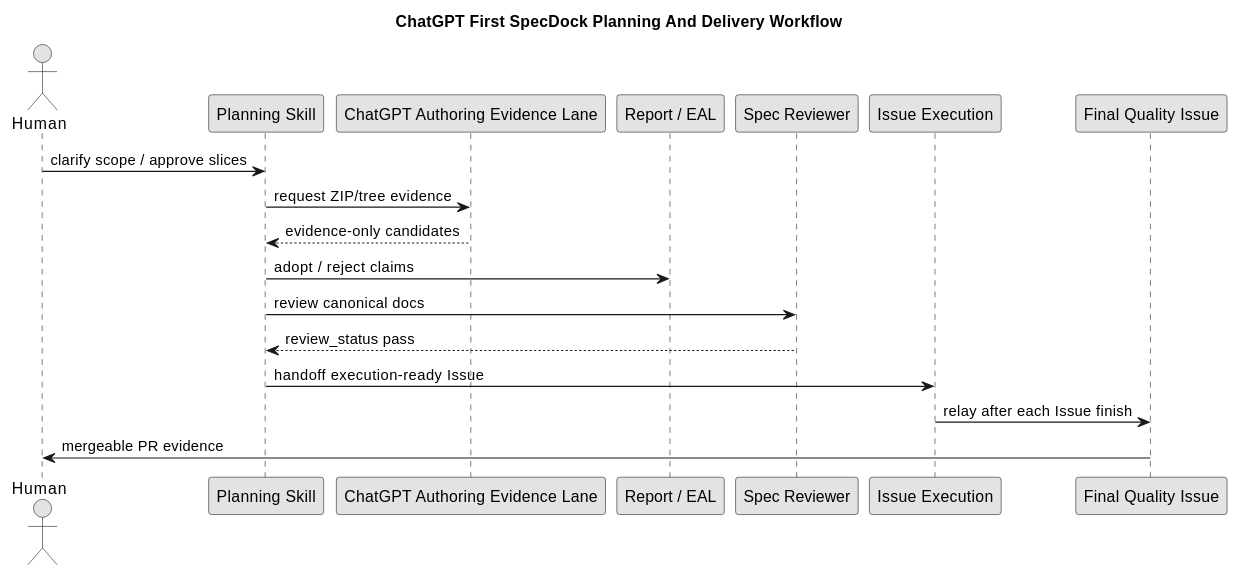
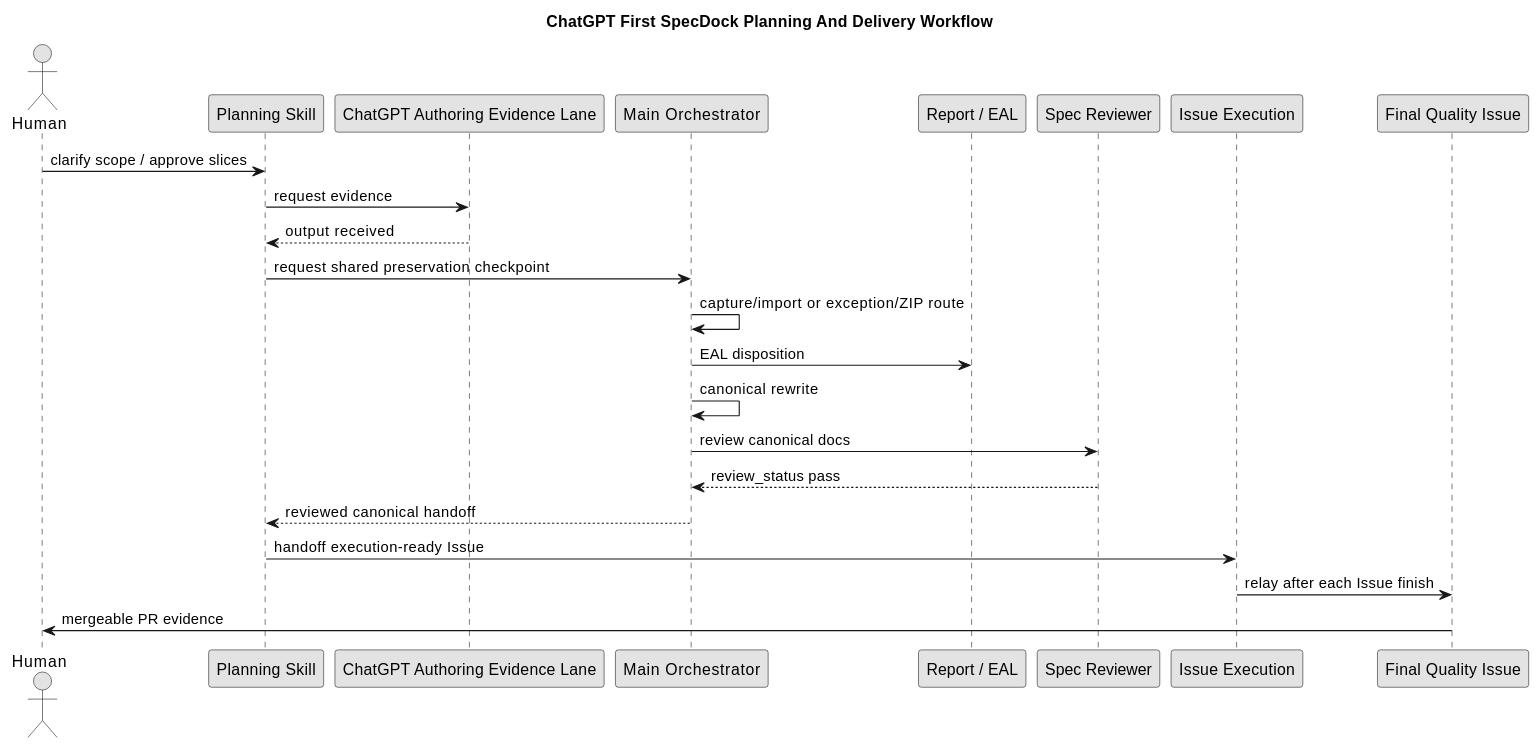
The diagram in src/spec_dock/assets/spec_dock/docs/workflow_chatgpt_authoring_pack.md (chemitaro/spec-dock), drawn with PlantUML before and after one commit. The commit also changed other lines of this file and 3 other files, not shown here.

````diff
--- a/src/spec_dock/assets/spec_dock/docs/workflow_chatgpt_authoring_pack.md
+++ b/src/spec_dock/assets/spec_dock/docs/workflow_chatgpt_authoring_pack.md
@@ -18,23 +19,28 @@
 ```plantuml
 @startuml
 title ChatGPT First SpecDock Planning And Delivery Workflow
 skinparam monochrome true
 actor Human
 participant "Planning Skill" as Planning
 participant "ChatGPT Authoring Evidence Lane" as ChatGPT
+participant "Main Orchestrator" as Main
 participant "Report / EAL" as Report
 participant "Spec Reviewer" as Reviewer
 participant "Issue Execution" as Execution
 participant "Final Quality Issue" as FinalGate
 
 Human -> Planning : clarify scope / approve slices
-Planning -> ChatGPT : request ZIP/tree evidence
-ChatGPT --> Planning : evidence-only candidates
-Planning -> Report : adopt / reject claims
-Planning -> Reviewer : review canonical docs
-Reviewer --> Planning : review_status pass
+Planning -> ChatGPT : request evidence
+ChatGPT --> Planning : output received
+Planning -> Main : request shared preservation checkpoint
+Main -> Main : capture/import or exception/ZIP route
+Main -> Report : EAL disposition
+Main -> Main : canonical rewrite
+Main -> Reviewer : review canonical docs
+Reviewer --> Main : review_status pass
+Main --> Planning : reviewed canonical handoff
 Planning -> Execution : handoff execution-ready Issue
 Execution -> FinalGate : relay after each Issue finish
 FinalGate -> Human : mergeable PR evidence
 @enduml
 ```
````
